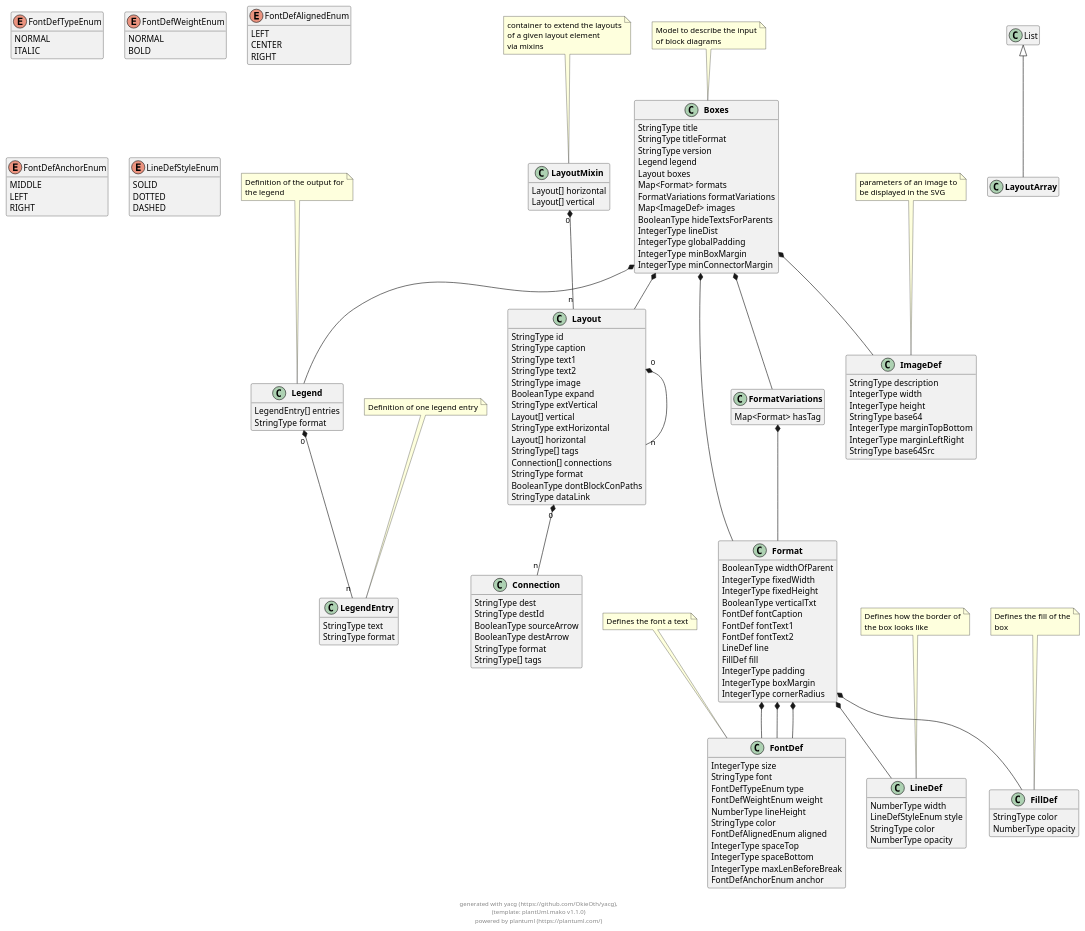
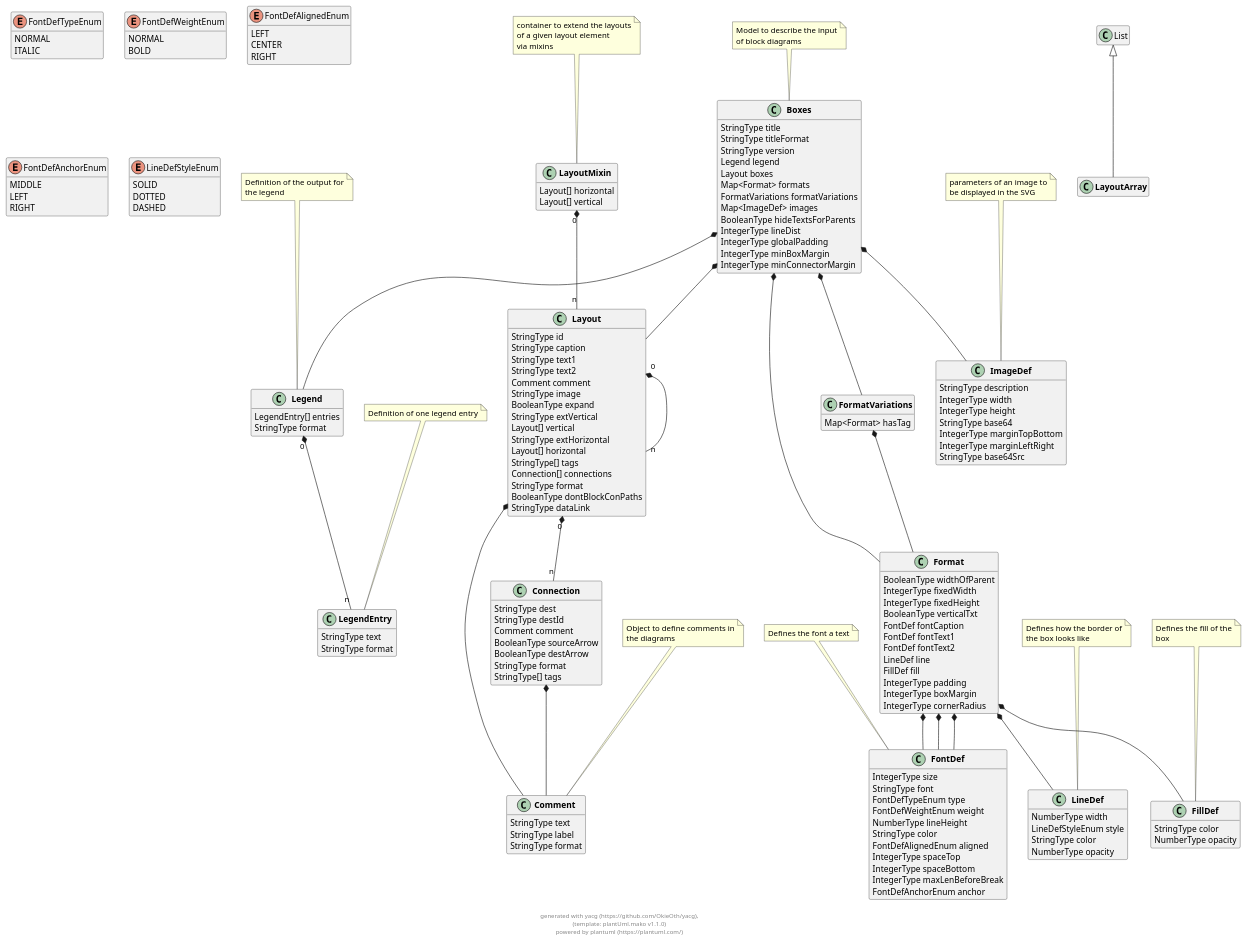
Before and after one commit to OkieOth/draw.chart.things: the diagram in docs/models/puml/boxes.puml, drawn with PlantUML. The commit also changed 15 other files, not shown here.

```diff
--- a/docs/models/puml/boxes.puml
+++ b/docs/models/puml/boxes.puml
@@ -36,6 +36,7 @@
         StringType caption
         StringType text1
         StringType text2
+        Comment comment
         StringType image
         BooleanType expand
         StringType extVertical
@@ -90,6 +91,7 @@
 class "**Connection**" as Connection {
         StringType dest
         StringType destId
+        Comment comment
         BooleanType sourceArrow
         BooleanType destArrow
         StringType format
@@ -183,6 +185,15 @@
 
  
 
+class "**Comment**" as Comment {
+        StringType text
+        StringType label
+        StringType format
+}
+note top: Object to define comments in\nthe diagrams
+
+ 
+
 
     
 
@@ -211,6 +222,8 @@
 
 
 
+
+Layout  *--  Comment
 
 
 
@@ -255,6 +268,8 @@
     
 
 
+Connection  *--  Comment
+
 
 
 
@@ -297,6 +312,10 @@
 
 
 
+    
+
+
+
 
 footer \ngenerated with yacg (https://github.com/OkieOth/yacg),\n(template: plantUml.mako v1.1.0)\npowered by plantuml (https://plantuml.com/)
 @enduml
```
